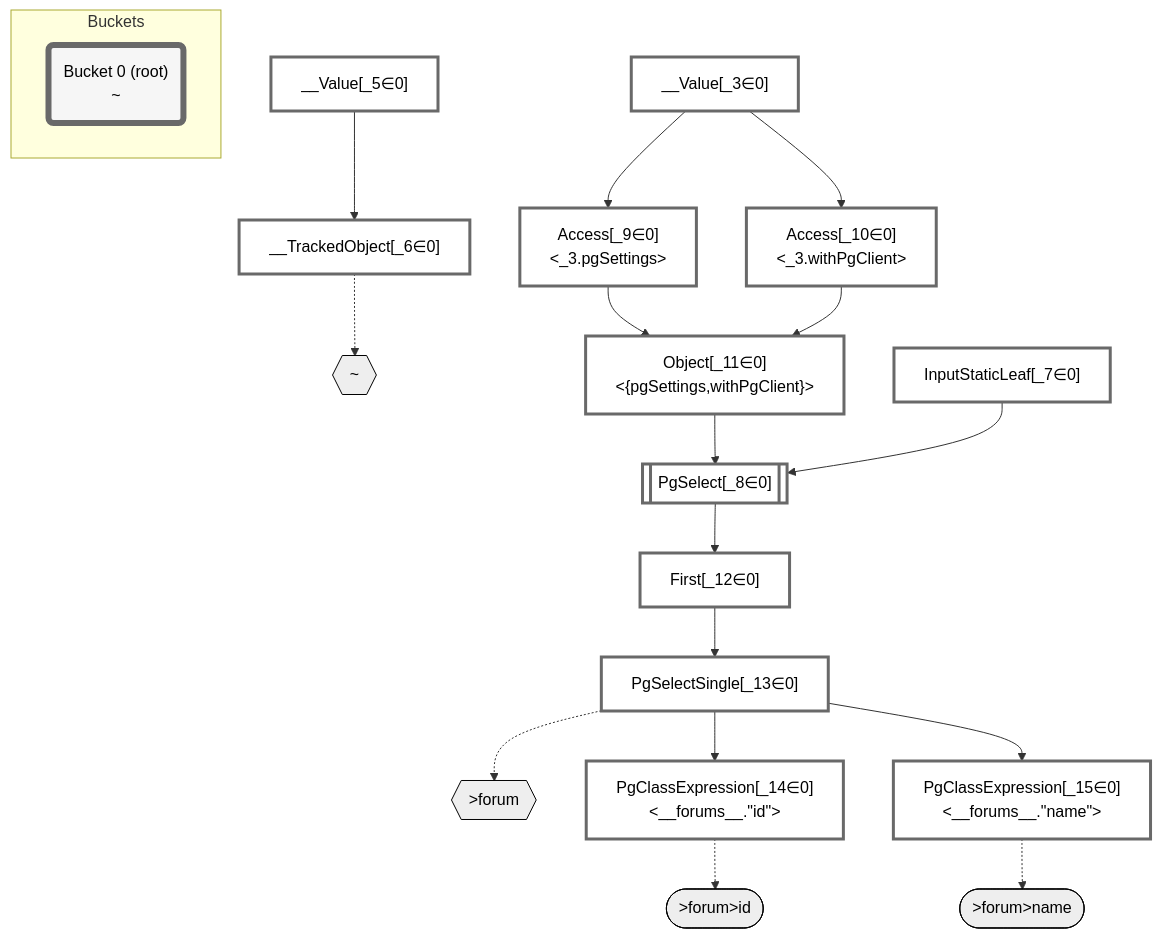
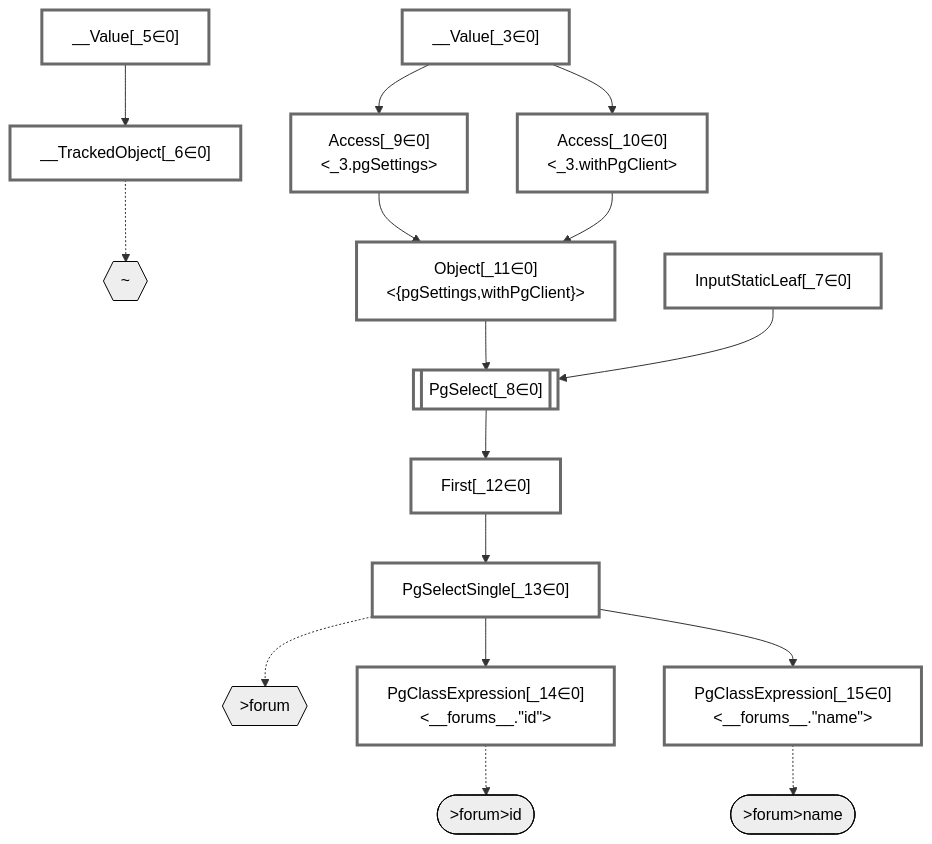
One commit to graphile/crystal changed the diagram in packages/dataplan-pg/__tests__/queries/super-simple/single-record-via-arg.mermaid.md. Above: the diagram before and after it, drawn with Mermaid. The commit also changed 43 other files, not shown here.

````diff
--- a/packages/dataplan-pg/__tests__/queries/super-simple/single-record-via-arg.mermaid.md
+++ b/packages/dataplan-pg/__tests__/queries/super-simple/single-record-via-arg.mermaid.md
@@ -1,60 +1,55 @@
 ```mermaid
 graph TD
     classDef path fill:#eee,stroke:#000,color:#000
     classDef plan fill:#fff,stroke-width:3px,color:#000
     classDef itemplan fill:#fff,stroke-width:6px,color:#000
     classDef sideeffectplan fill:#f00,stroke-width:6px,color:#000
     classDef bucket fill:#f6f6f6,color:#000,stroke-width:6px
 
     %% subgraph fields
     P1{{"~"}}:::path
     P2{{">forum"}}:::path
     P3([">forum>id"]):::path
     %% P2 -.-> P3
     P4([">forum>name"]):::path
     %% P2 -.-> P4
     %% P1 -.-> P2
     %% end
 
     %% define plans
     __Value_3["__Value[_3∈0]<br /><context>"]:::plan
     __Value_5["__Value[_5∈0]<br /><rootValue>"]:::plan
     __TrackedObject_6["__TrackedObject[_6∈0]"]:::plan
     InputStaticLeaf_7["InputStaticLeaf[_7∈0]"]:::plan
     PgSelect_8[["PgSelect[_8∈0]<br /><forums>"]]:::plan
     Access_9["Access[_9∈0]<br /><_3.pgSettings>"]:::plan
     Access_10["Access[_10∈0]<br /><_3.withPgClient>"]:::plan
     Object_11["Object[_11∈0]<br /><{pgSettings,withPgClient}>"]:::plan
     First_12["First[_12∈0]"]:::plan
     PgSelectSingle_13["PgSelectSingle[_13∈0]<br /><forums>"]:::plan
     PgClassExpression_14["PgClassExpression[_14∈0]<br /><__forums__.#quot;id#quot;>"]:::plan
     PgClassExpression_15["PgClassExpression[_15∈0]<br /><__forums__.#quot;name#quot;>"]:::plan
 
     %% plan dependencies
     __Value_5 --> __TrackedObject_6
     Object_11 --> PgSelect_8
     InputStaticLeaf_7 --> PgSelect_8
     __Value_3 --> Access_9
     __Value_3 --> Access_10
     Access_9 --> Object_11
     Access_10 --> Object_11
     PgSelect_8 --> First_12
     First_12 --> PgSelectSingle_13
     PgSelectSingle_13 --> PgClassExpression_14
     PgSelectSingle_13 --> PgClassExpression_15
 
     %% plan-to-path relationships
     __TrackedObject_6 -.-> P1
     PgSelectSingle_13 -.-> P2
     PgClassExpression_14 -.-> P3
     PgClassExpression_15 -.-> P4
 
     %% allocate buckets
     classDef bucket0 stroke:#696969
     class __Value_3,__Value_5,__TrackedObject_6,InputStaticLeaf_7,PgSelect_8,Access_9,Access_10,Object_11,First_12,PgSelectSingle_13,PgClassExpression_14,PgClassExpression_15 bucket0
-
-    subgraph Buckets
-    Bucket0("Bucket 0 (root)<br />~"):::bucket
-    style Bucket0 stroke:#696969
-    end
 ```
````
